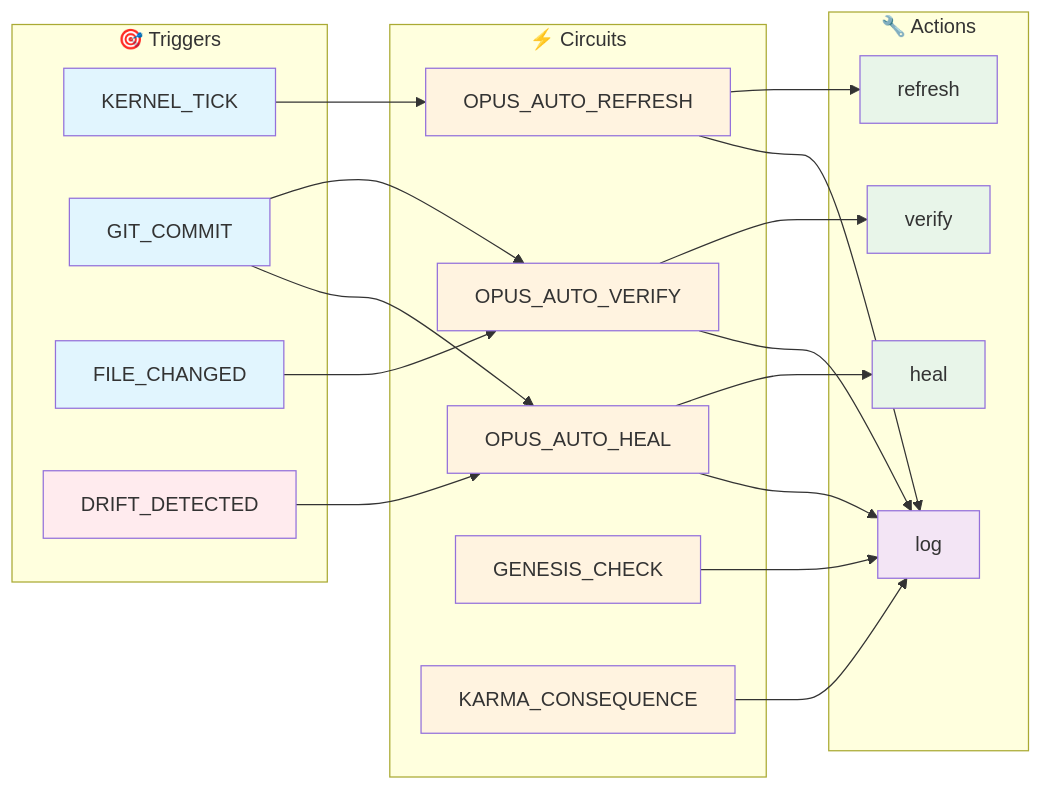
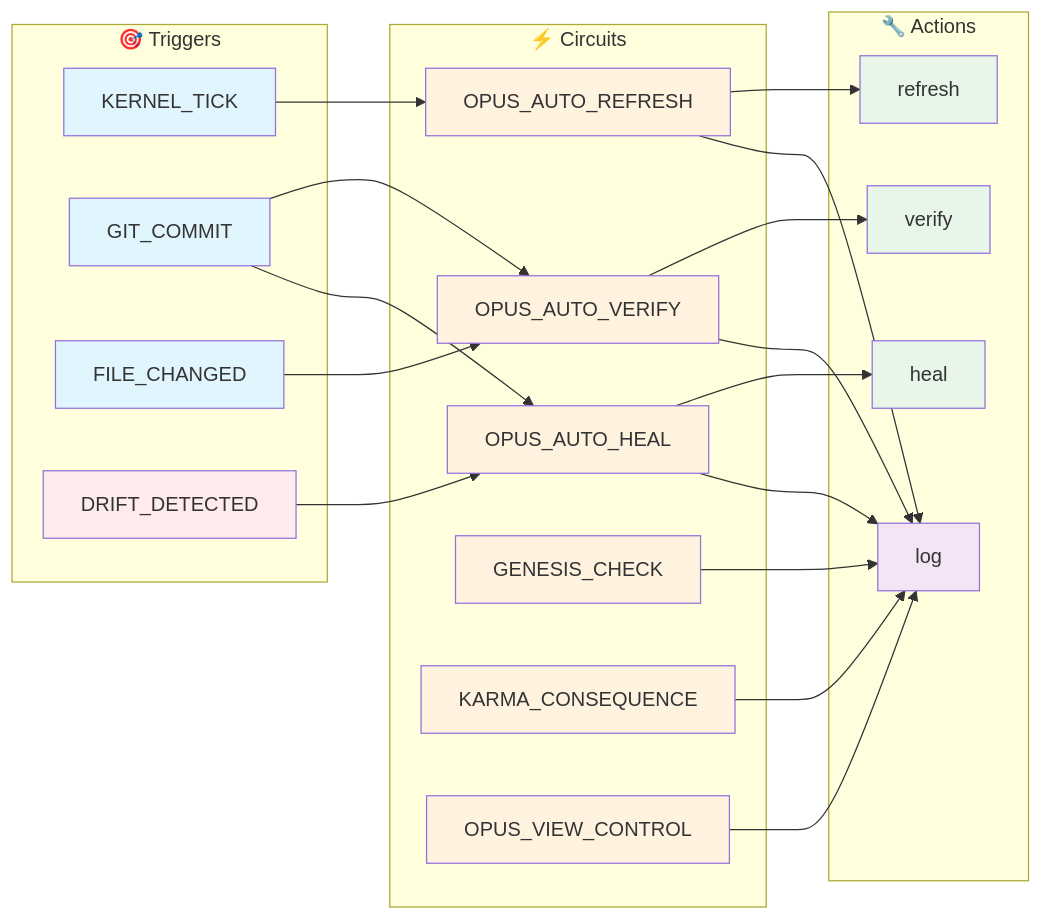
One commit to kimeisele/steward-protocol changed the diagram in OPUS.md. Above: the diagram before and after it, drawn with Mermaid. The commit also changed other lines of this file, not shown here.

Commit message:
docs: Refresh OPUS.md with Control Plane UI

````diff
--- a/OPUS.md
+++ b/OPUS.md
@@ -94,53 +107,56 @@
 ```mermaid
 flowchart LR
     subgraph Events["🎯 Triggers"]
         E1[KERNEL_TICK]
         E2[GIT_COMMIT]
         E3[FILE_CHANGED]
         E4[DRIFT_DETECTED]
     end
 
     subgraph Circuits["⚡ Circuits"]
         C1[OPUS_AUTO_HEAL]
         C2[OPUS_AUTO_REFRESH]
         C3[OPUS_AUTO_VERIFY]
         C4[GENESIS_CHECK]
         C5[KARMA_CONSEQUENCE]
+        C6[OPUS_VIEW_CONTROL]
     end
 
     subgraph Actions["🔧 Actions"]
         A1[verify]
         A2[refresh]
         A3[heal]
         A4[log]
     end
 
     E1 --> C2
     E2 --> C1
     E2 --> C3
     E3 --> C3
     E4 --> C1
 
     C1 --> A4
     C2 --> A4
     C3 --> A4
     C4 --> A4
     C5 --> A4
+    C6 --> A4
     C1 --> A3
     C2 --> A2
     C3 --> A1
 
     style E1 fill:#e1f5fe
     style E2 fill:#e1f5fe
     style E3 fill:#e1f5fe
     style E4 fill:#ffebee
     style C1 fill:#fff3e0
     style C2 fill:#fff3e0
     style C3 fill:#fff3e0
     style C4 fill:#fff3e0
     style C5 fill:#fff3e0
+    style C6 fill:#fff3e0
     style A1 fill:#e8f5e9
     style A2 fill:#e8f5e9
     style A3 fill:#e8f5e9
     style A4 fill:#f3e5f5
 ```
````
